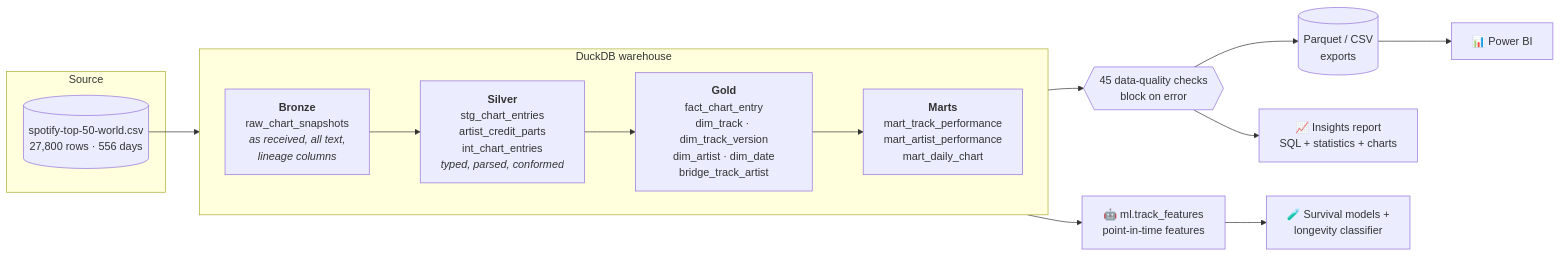
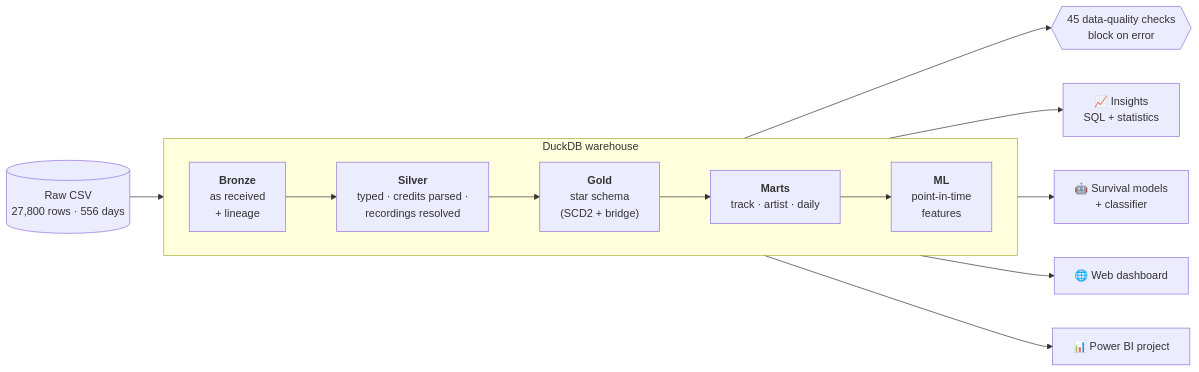
The diagram in README.md (n3h4a/spotify-powerbi-dashboard), drawn with Mermaid before and after one commit. The commit also changed other lines of this file and 7 other files, not shown here.

````diff
--- a/README.md
+++ b/README.md
@@ -84,28 +169,16 @@
 ```mermaid
 flowchart LR
-    subgraph SRC[Source]
-        CSV[("spotify-top-50-world.csv<br/>27,800 rows · 556 days")]
-    end
-
+    CSV[("Raw CSV<br/>27,800 rows · 556 days")] --> B
     subgraph WH["DuckDB warehouse"]
         direction LR
-        B["<b>Bronze</b><br/>raw_chart_snapshots<br/><i>as received, all text,<br/>lineage columns</i>"]
-        S["<b>Silver</b><br/>stg_chart_entries<br/>artist_credit_parts<br/>int_chart_entries<br/><i>typed, parsed, conformed</i>"]
-        G["<b>Gold</b><br/>fact_chart_entry<br/>dim_track · dim_track_version<br/>dim_artist · dim_date<br/>bridge_track_artist"]
-        M["<b>Marts</b><br/>mart_track_performance<br/>mart_artist_performance<br/>mart_daily_chart"]
-        B --> S --> G --> M
+        B["<b>Bronze</b><br/>as received<br/>+ lineage"] --> S["<b>Silver</b><br/>typed · credits parsed ·<br/>recordings resolved"]
+        S --> G["<b>Gold</b><br/>star schema<br/>(SCD2 + bridge)"]
+        G --> M["<b>Marts</b><br/>track · artist · daily"]
+        M --> ML["<b>ML</b><br/>point-in-time<br/>features"]
     end
-
-    DQ{{"45 data-quality checks<br/>block on error"}}
-    OUT[("Parquet / CSV<br/>exports")]
-    PBI["📊 Power BI"]
-    INS["📈 Insights report<br/>SQL + statistics + charts"]
-    ML["🤖 ml.track_features<br/>point-in-time features"]
-    NEXT["🧪 Survival models +<br/>longevity classifier"]
-
-    CSV --> B
-    M --> DQ --> OUT
-    OUT --> PBI
-    DQ --> INS
-    M --> ML --> NEXT
+    G --> DQ{{"45 data-quality checks<br/>block on error"}}
+    M --> INS["📈 Insights<br/>SQL + statistics"]
+    ML --> MOD["🤖 Survival models<br/>+ classifier"]
+    M --> WEB["🌐 Web dashboard"]
+    M --> PBI["📊 Power BI project"]
 ```
````
